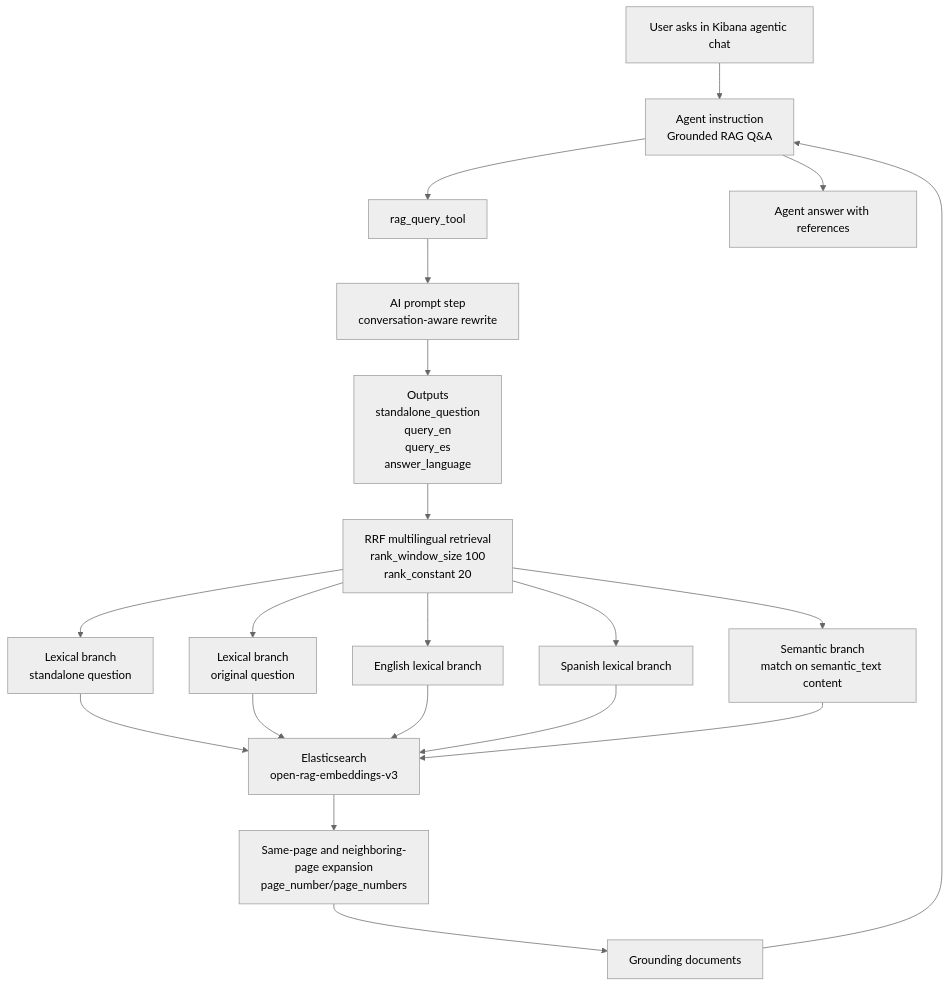
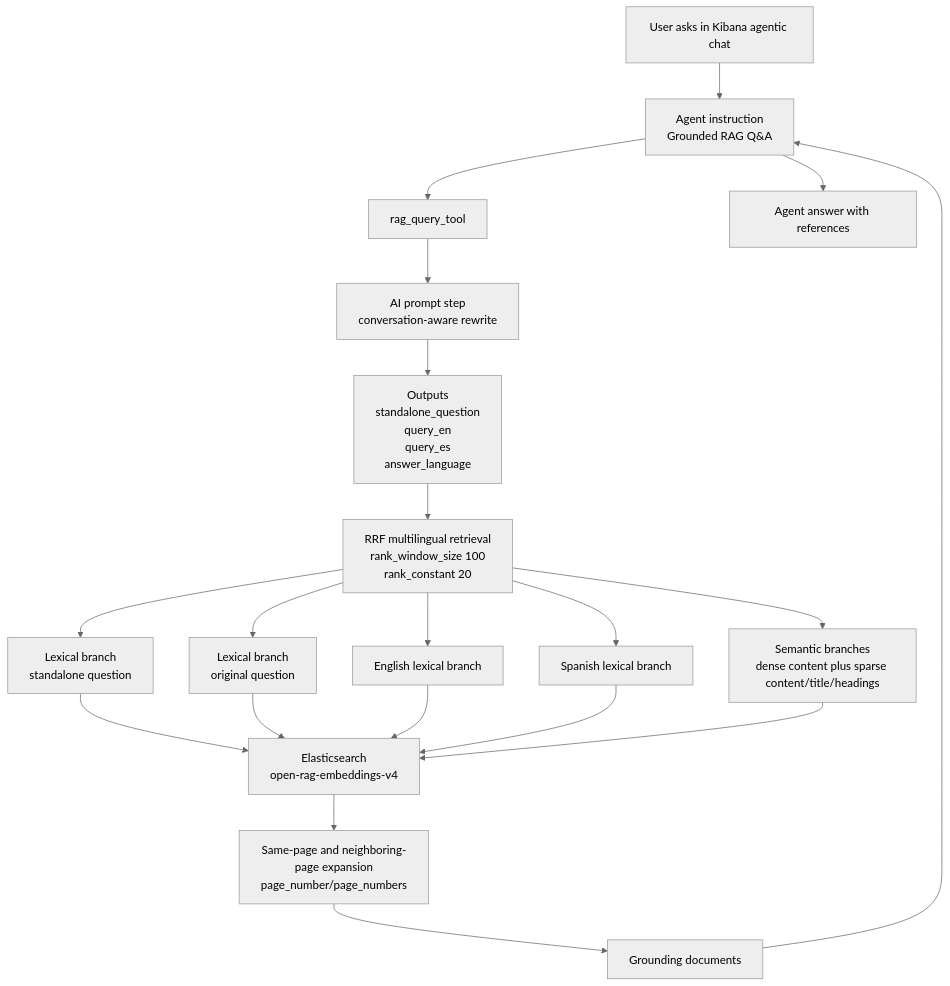
Before and after one commit to alrolo3/ingest-server-orquestator: the third of 3 diagrams in docs/ingest-server-pipeline-workflow.md, drawn with Mermaid (neutral theme). The commit also changed other lines of this file and 31 other files, not shown here.

````diff
--- a/docs/ingest-server-pipeline-workflow.md
+++ b/docs/ingest-server-pipeline-workflow.md
@@ -285,26 +286,26 @@
 ```mermaid
 flowchart TD
     user[User asks in Kibana agentic chat]
     agent[Agent instruction<br/>Grounded RAG Q&A]
     tool[rag_query_tool]
     rewrite[AI prompt step<br/>conversation-aware rewrite]
     variants[Outputs<br/>standalone_question<br/>query_en<br/>query_es<br/>answer_language]
     rrf[RRF multilingual retrieval<br/>rank_window_size 100<br/>rank_constant 20]
     lexical1[Lexical branch<br/>standalone question]
     lexical2[Lexical branch<br/>original question]
     lexicalEN[English lexical branch]
     lexicalES[Spanish lexical branch]
-    semantic[Semantic branch<br/>match on semantic_text content]
-    es[Elasticsearch<br/>open-rag-embeddings-v3]
+    semantic[Semantic branches<br/>dense content plus sparse content/title/headings]
+    es[Elasticsearch<br/>open-rag-embeddings-v4]
     expand[Same-page and neighboring-page expansion<br/>page_number/page_numbers]
     docs[Grounding documents]
     answer[Agent answer with references]
 
     user --> agent --> tool --> rewrite --> variants --> rrf
     rrf --> lexical1 --> es
     rrf --> lexical2 --> es
     rrf --> lexicalEN --> es
     rrf --> lexicalES --> es
     rrf --> semantic --> es
     es --> expand --> docs --> agent --> answer
 ```
````
